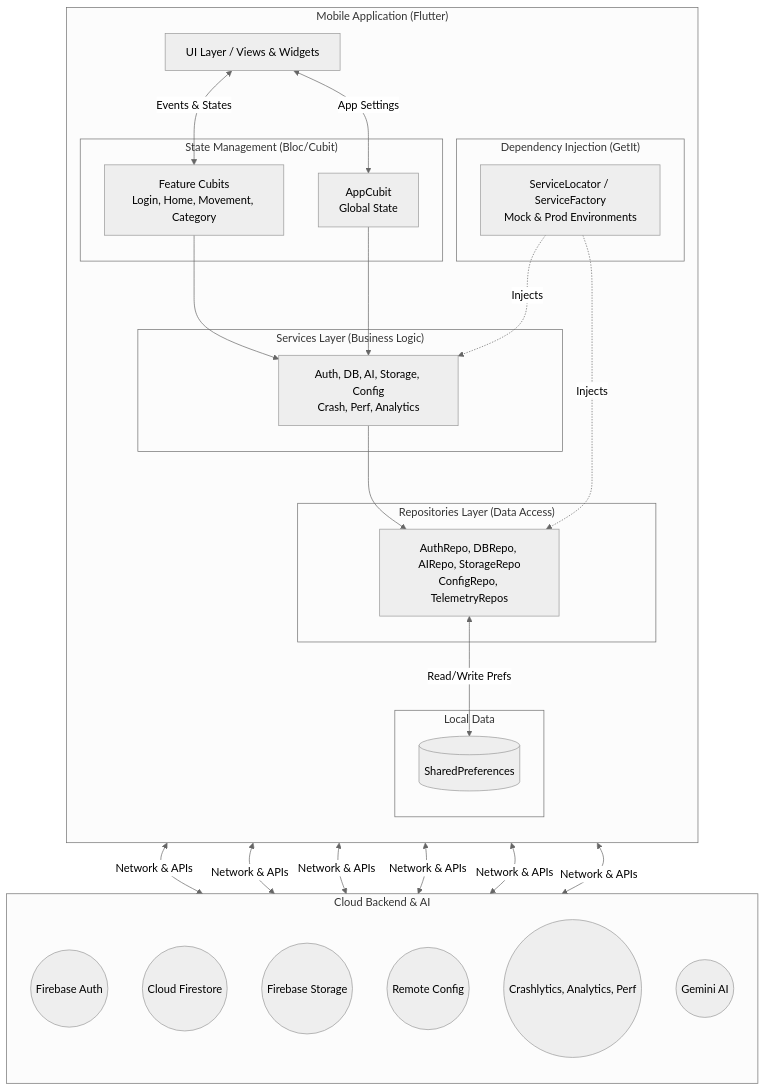
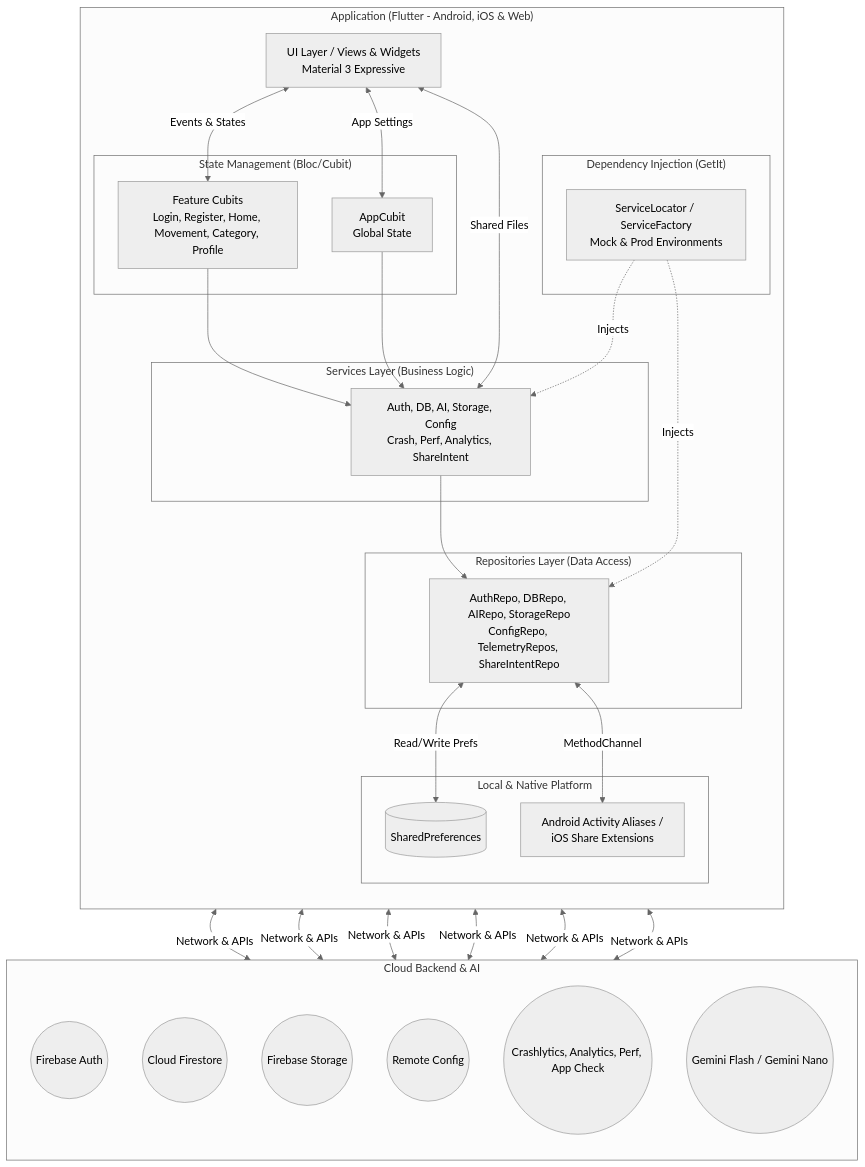
The diagram in README.md (Piero16301/Saver_Expense_Manager), drawn with Mermaid (neutral theme) before and after one commit. The commit also changed other lines of this file and 52 other files, not shown here.

First line of the commit message:
Add native share intent support

````diff
--- a/README.md
+++ b/README.md
@@ -39,53 +38,56 @@
 ```mermaid
 flowchart TD
-  subgraph "Mobile Application (Flutter)"
+  subgraph "Application (Flutter - Android, iOS & Web)"
     direction TB
-    UI[UI Layer / Views & Widgets]
+    UI[UI Layer / Views & Widgets<br>Material 3 Expressive]
     
     subgraph "State Management (Bloc/Cubit)"
       AppCubit[AppCubit<br>Global State]
-      FeatureCubits[Feature Cubits<br>Login, Home, Movement, Category]
+      FeatureCubits[Feature Cubits<br>Login, Register, Home, Movement, Category, Profile]
     end
     
     subgraph "Services Layer (Business Logic)"
-      AppServices[Auth, DB, AI, Storage, Config<br>Crash, Perf, Analytics]
+      AppServices[Auth, DB, AI, Storage, Config<br>Crash, Perf, Analytics, ShareIntent]
     end
 
     subgraph "Repositories Layer (Data Access)"
-      AppRepos[AuthRepo, DBRepo, AIRepo, StorageRepo<br>ConfigRepo, TelemetryRepos]
+      AppRepos[AuthRepo, DBRepo, AIRepo, StorageRepo<br>ConfigRepo, TelemetryRepos, ShareIntentRepo]
     end
     
     subgraph "Dependency Injection (GetIt)"
       DI[ServiceLocator / ServiceFactory<br>Mock & Prod Environments]
     end
     
-    subgraph "Local Data"
+    subgraph "Local & Native Platform"
       SharedPrefs[(SharedPreferences)]
+      NativeShare[Android Activity Aliases /<br>iOS Share Extensions]
     end
   end
 
   %% Internal App Flow
   UI <-->|Events & States| FeatureCubits
   UI <-->|App Settings| AppCubit
   
   FeatureCubits --> AppServices
   AppCubit --> AppServices
+  UI <-->|Shared Files| AppServices
   
   AppServices --> AppRepos
   DI -.->|Injects| AppServices
   DI -.->|Injects| AppRepos
   
   AppRepos <-->|Read/Write Prefs| SharedPrefs
+  AppRepos <-->|MethodChannel| NativeShare
   
   subgraph "Cloud Backend & AI"
     direction TB
     FirebaseAuth((Firebase Auth))
     Firestore((Cloud Firestore))
     FirebaseStorage((Firebase Storage))
     RemoteConfig((Remote Config))
-    FirebaseTelemetry((Crashlytics, Analytics, Perf))
-    GeminiAI((Gemini AI))
+    FirebaseTelemetry((Crashlytics, Analytics, Perf, App Check))
+    GeminiAI((Gemini Flash / Gemini Nano))
   end
 
   AppRepos <-->|Network & APIs| FirebaseAuth & Firestore & FirebaseStorage & RemoteConfig & FirebaseTelemetry & GeminiAI
 ```
````
